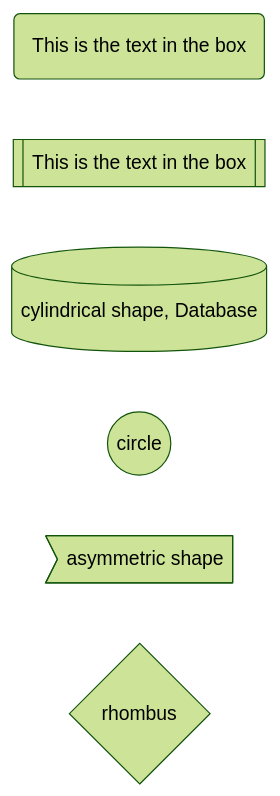
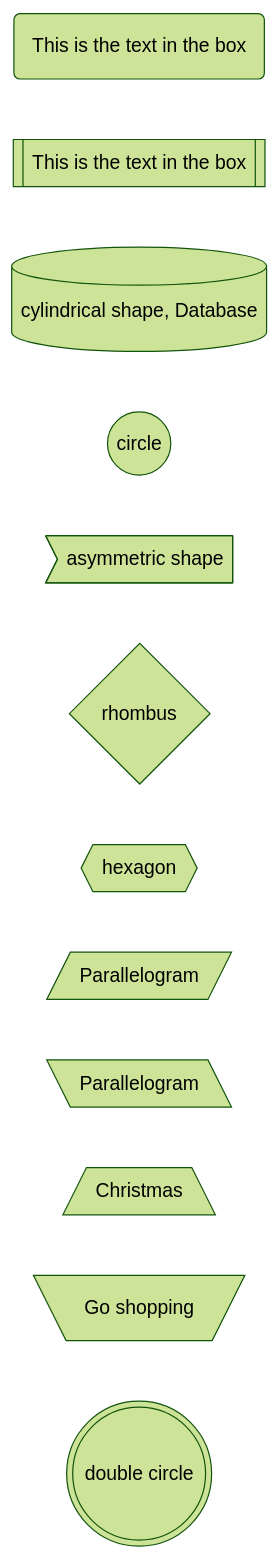
Before and after one commit to Yunjong-Lee/WiKi: the third of 4 diagrams in README.md, drawn with Mermaid (forest theme).

````diff
--- a/README.md
+++ b/README.md
@@ -45,9 +45,15 @@
 ```mermaid
 flowchart LR
   id1(This is the text in the box)
   id2[[This is the text in the box]]
   id3[(cylindrical shape, Database)]
   id4((circle))
   id5>asymmetric shape]
   id6{rhombus}  
+  id7{{hexagon}}
+  id8[/Parallelogram/]
+  id9[\Parallelogram\]
+  A[/Christmas\]
+  B[\Go shopping/]
+  C(((double circle)))
 ```  
````
